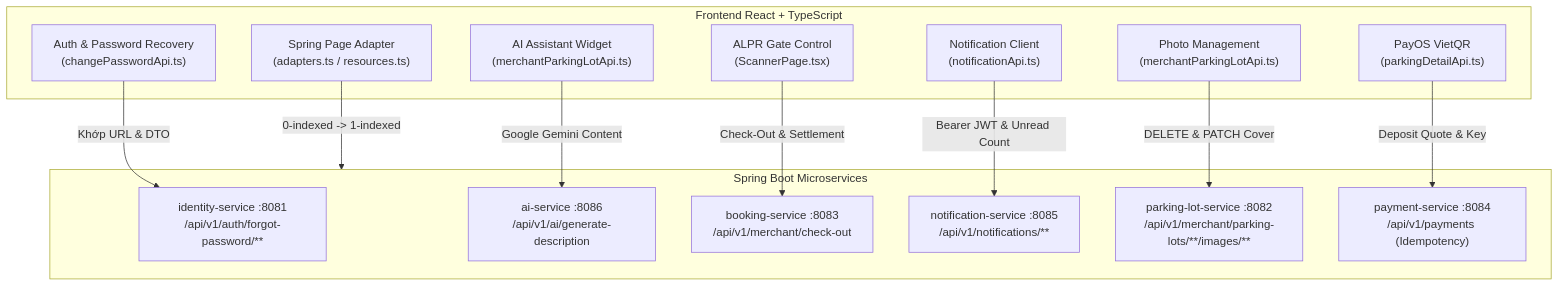
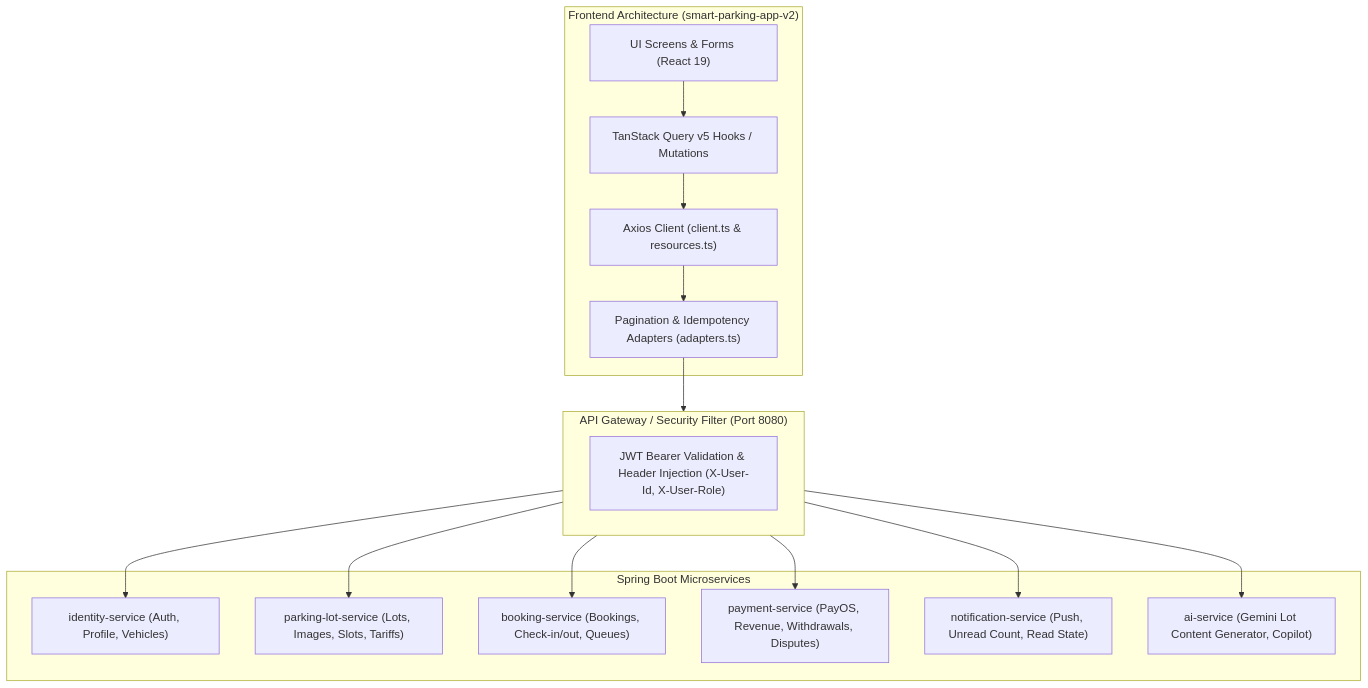
One commit to smart-parking-hub/smart-parking-app-v2 changed the diagram in docs/project-unification/48-api-integration-report.md. Above: the diagram before and after it, drawn with Mermaid. The commit also changed other lines of this file and 6 other files, not shown here.

````diff
--- a/docs/project-unification/48-api-integration-report.md
+++ b/docs/project-unification/48-api-integration-report.md
@@ -15,29 +16,33 @@
 ```mermaid
-graph TD
-    subgraph Frontend["Frontend React + TypeScript"]
-        FE_AUTH["Auth & Password Recovery<br>(changePasswordApi.ts)"]
-        FE_AI["AI Assistant Widget<br>(merchantParkingLotApi.ts)"]
-        FE_GATE["ALPR Gate Control<br>(ScannerPage.tsx)"]
-        FE_NOTI["Notification Client<br>(notificationApi.ts)"]
-        FE_IMG["Photo Management<br>(merchantParkingLotApi.ts)"]
-        FE_PAY["PayOS VietQR<br>(parkingDetailApi.ts)"]
-        FE_ADAPT["Spring Page Adapter<br>(adapters.ts / resources.ts)"]
+flowchart TD
+    subgraph FE["Frontend Architecture (smart-parking-app-v2)"]
+        UI["UI Screens & Forms (React 19)"]
+        Hooks["TanStack Query v5 Hooks / Mutations"]
+        Client["Axios Client (client.ts & resources.ts)"]
+        Adapters["Pagination & Idempotency Adapters (adapters.ts)"]
     end
 
-    subgraph Backend["Spring Boot Microservices"]
-        BE_ID["identity-service :8081<br>/api/v1/auth/forgot-password/**"]
-        BE_AI["ai-service :8086<br>/api/v1/ai/generate-description"]
-        BE_BOOK["booking-service :8083<br>/api/v1/merchant/check-out"]
-        BE_NOTI["notification-service :8085<br>/api/v1/notifications/**"]
-        BE_LOT["parking-lot-service :8082<br>/api/v1/merchant/parking-lots/**/images/**"]
-        BE_PAY["payment-service :8084<br>/api/v1/payments (Idempotency)"]
+    subgraph GW["API Gateway / Security Filter (Port 8080)"]
+        JWT["JWT Bearer Validation & Header Injection (X-User-Id, X-User-Role)"]
     end
 
-    FE_AUTH -->|Khớp URL & DTO| BE_ID
-    FE_AI -->|Google Gemini Content| BE_AI
-    FE_GATE -->|Check-Out & Settlement| BE_BOOK
-    FE_NOTI -->|Bearer JWT & Unread Count| BE_NOTI
-    FE_IMG -->|DELETE & PATCH Cover| BE_LOT
-    FE_PAY -->|Deposit Quote & Key| BE_PAY
-    FE_ADAPT -->|0-indexed -> 1-indexed| Backend
+    subgraph BE["Spring Boot Microservices"]
+        Identity["identity-service (Auth, Profile, Vehicles)"]
+        Parking["parking-lot-service (Lots, Images, Slots, Tariffs)"]
+        Booking["booking-service (Bookings, Check-in/out, Queues)"]
+        Payment["payment-service (PayOS, Revenue, Withdrawals, Disputes)"]
+        Noti["notification-service (Push, Unread Count, Read State)"]
+        AI["ai-service (Gemini Lot Content Generator, Copilot)"]
+    end
+
+    UI --> Hooks
+    Hooks --> Client
+    Client --> Adapters
+    Adapters --> GW
+    GW --> Identity
+    GW --> Parking
+    GW --> Booking
+    GW --> Payment
+    GW --> Noti
+    GW --> AI
 ```
````
